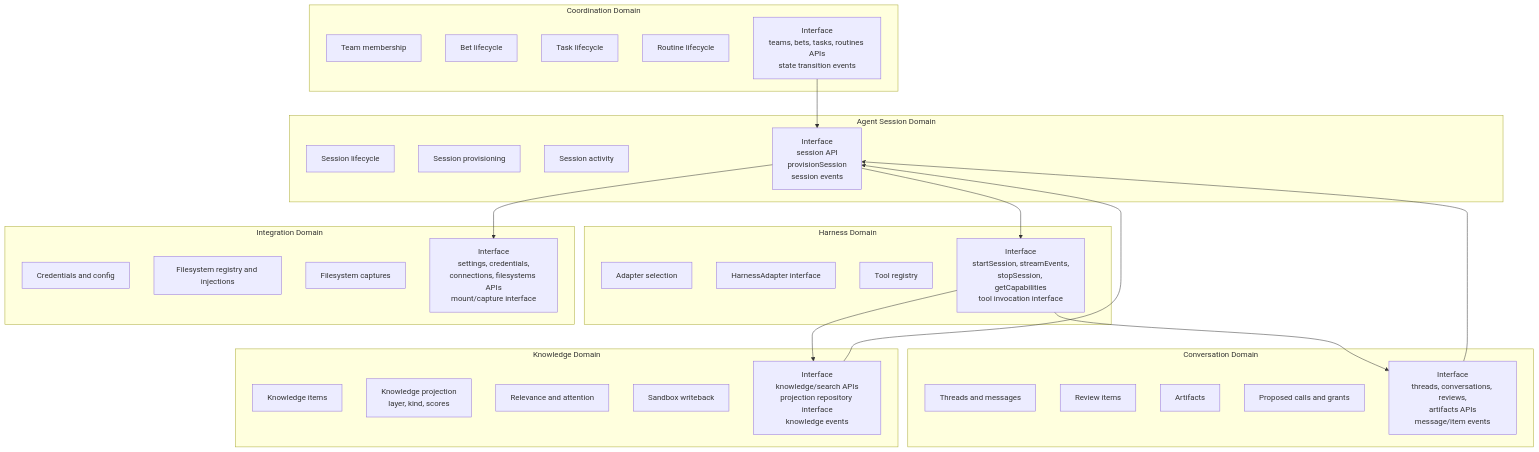
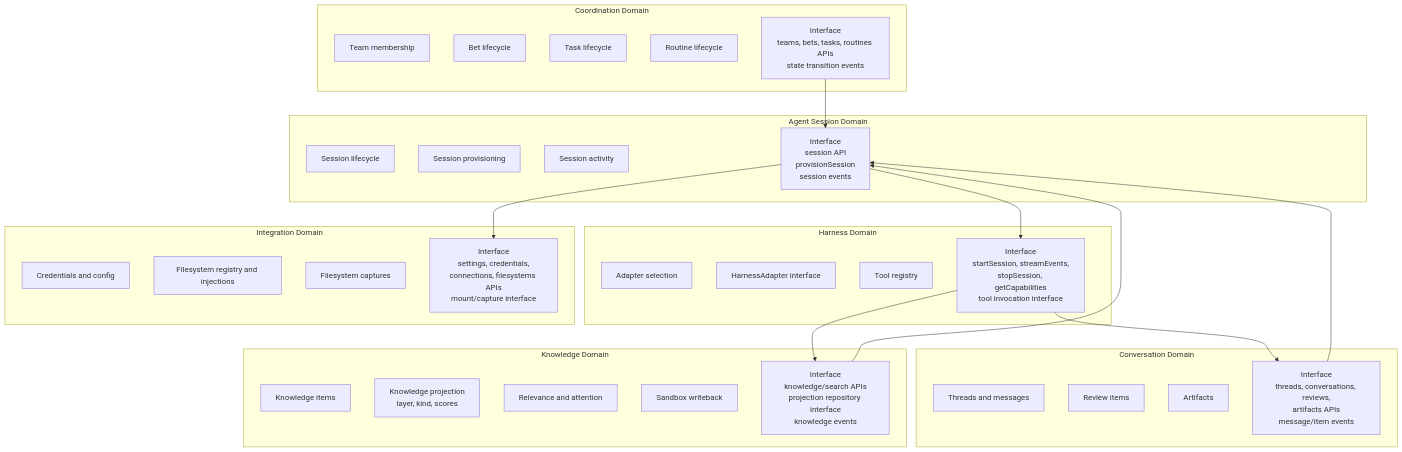
Before and after one commit to idle-builders/hyperidle: the second of 12 diagrams in docs/architecture/as-implemented-domain-architecture.md, drawn with Mermaid. The commit also changed other lines of this file and 102 other files, not shown here.

````diff
--- a/docs/architecture/as-implemented-domain-architecture.md
+++ b/docs/architecture/as-implemented-domain-architecture.md
@@ -41,55 +41,54 @@
 ```mermaid
 flowchart TB
   subgraph Coordination["Coordination Domain"]
     Team["Team membership"]
     Bet["Bet lifecycle"]
     Task["Task lifecycle"]
     Routine["Routine lifecycle"]
     CoordinationAPI["Interface\nteams, bets, tasks, routines APIs\nstate transition events"]
   end
 
   subgraph Conversation["Conversation Domain"]
     Thread["Threads and messages"]
     Review["Review items"]
     Artifact["Artifacts"]
-    ProposedCall["Proposed calls and grants"]
     ConversationAPI["Interface\nthreads, conversations, reviews,\nartifacts APIs\nmessage/item events"]
   end
 
   subgraph Knowledge["Knowledge Domain"]
     KnowledgeItem["Knowledge items"]
     KnowledgeProjection["Knowledge projection\nlayer, kind, scores"]
     Relevance["Relevance and attention"]
     Writeback["Sandbox writeback"]
     KnowledgeAPI["Interface\nknowledge/search APIs\nprojection repository interface\nknowledge events"]
   end
 
   subgraph Session["Agent Session Domain"]
     SessionLifecycle["Session lifecycle"]
     Provisioning["Session provisioning"]
     Activity["Session activity"]
     SessionAPI["Interface\nsession API\nprovisionSession\nsession events"]
   end
 
   subgraph Harness["Harness Domain"]
     AdapterPool["Adapter selection"]
     AdapterContract["HarnessAdapter interface"]
     Tools["Tool registry"]
     HarnessAPI["Interface\nstartSession, streamEvents,\nstopSession, getCapabilities\ntool invocation interface"]
   end
 
   subgraph Integration["Integration Domain"]
     Credentials["Credentials and config"]
     Filesystems["Filesystem registry and injections"]
     Captures["Filesystem captures"]
     IntegrationAPI["Interface\nsettings, credentials,\nconnections, filesystems APIs\nmount/capture interface"]
   end
 
   CoordinationAPI --> SessionAPI
   ConversationAPI --> SessionAPI
   KnowledgeAPI --> SessionAPI
   SessionAPI --> HarnessAPI
   SessionAPI --> IntegrationAPI
   HarnessAPI --> ConversationAPI
   HarnessAPI --> KnowledgeAPI
 ```
````
